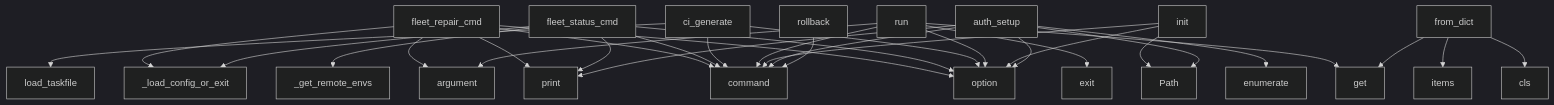
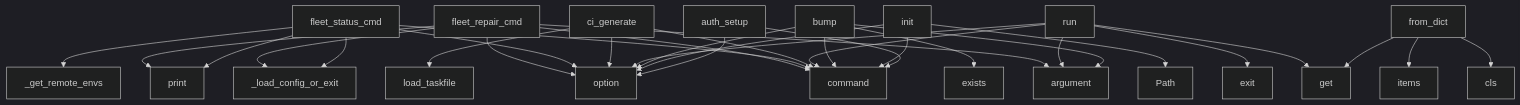
Before and after one commit to pyfunc/taskfile: the diagram in project/context.md, drawn with Mermaid (dark theme). The commit also changed other lines of this file and 25 other files, not shown here.

````diff
--- a/project/context.md
+++ b/project/context.md
@@ -640,33 +648,33 @@
 ```mermaid
 graph TD
     fleet_repair_cmd --> command
     fleet_repair_cmd --> argument
     fleet_repair_cmd --> option
     fleet_repair_cmd --> _load_config_or_exit
     fleet_repair_cmd --> print
     fleet_status_cmd --> command
     fleet_status_cmd --> option
     fleet_status_cmd --> _load_config_or_exit
     fleet_status_cmd --> _get_remote_envs
     fleet_status_cmd --> print
     ci_generate --> command
     ci_generate --> option
     ci_generate --> load_taskfile
     run --> command
     run --> argument
     run --> option
     run --> get
     run --> exit
     from_dict --> get
     from_dict --> cls
     from_dict --> items
+    bump --> command
+    bump --> argument
+    bump --> option
+    bump --> exists
     init --> command
     init --> option
     init --> Path
     auth_setup --> command
     auth_setup --> option
-    auth_setup --> print
-    auth_setup --> Path
-    auth_setup --> enumerate
-    rollback --> command
 ```
````
